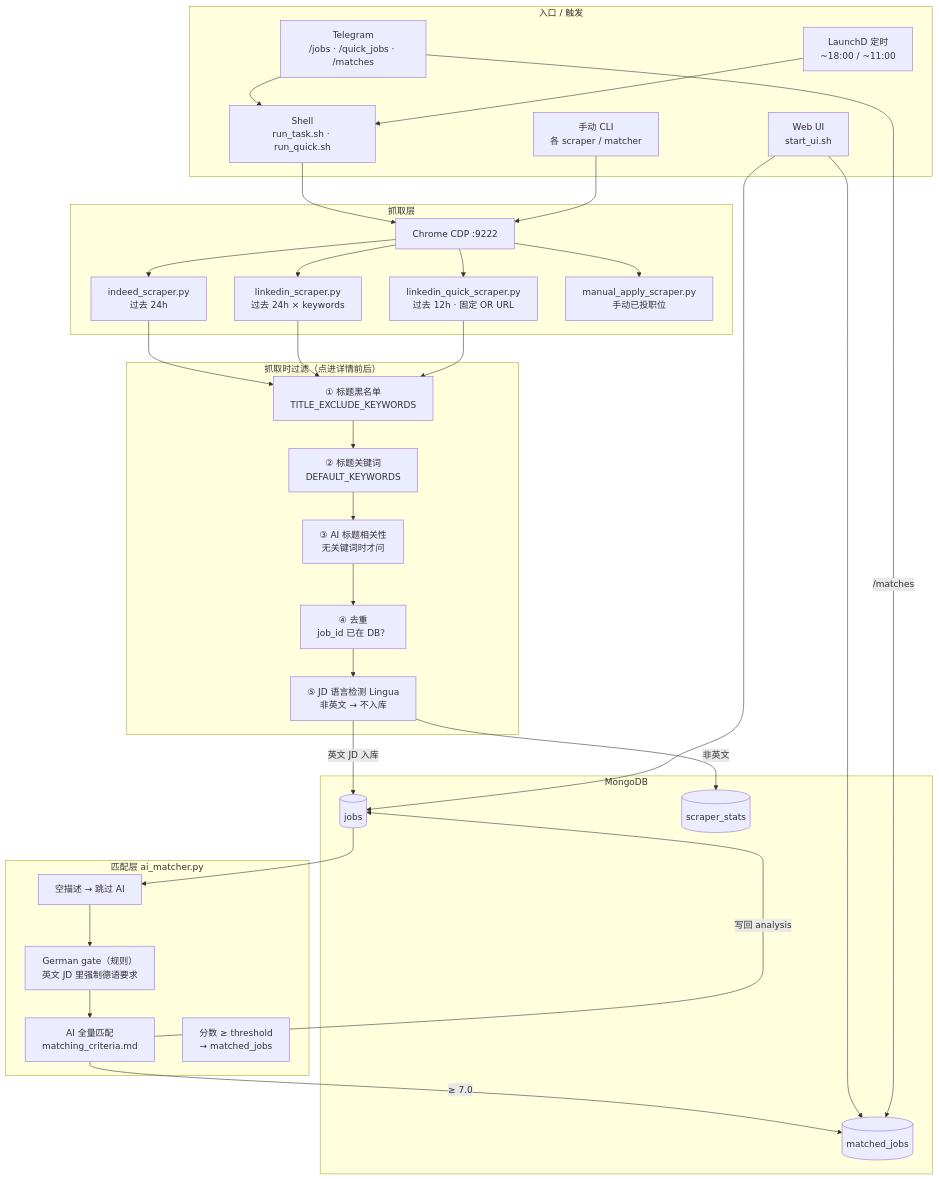
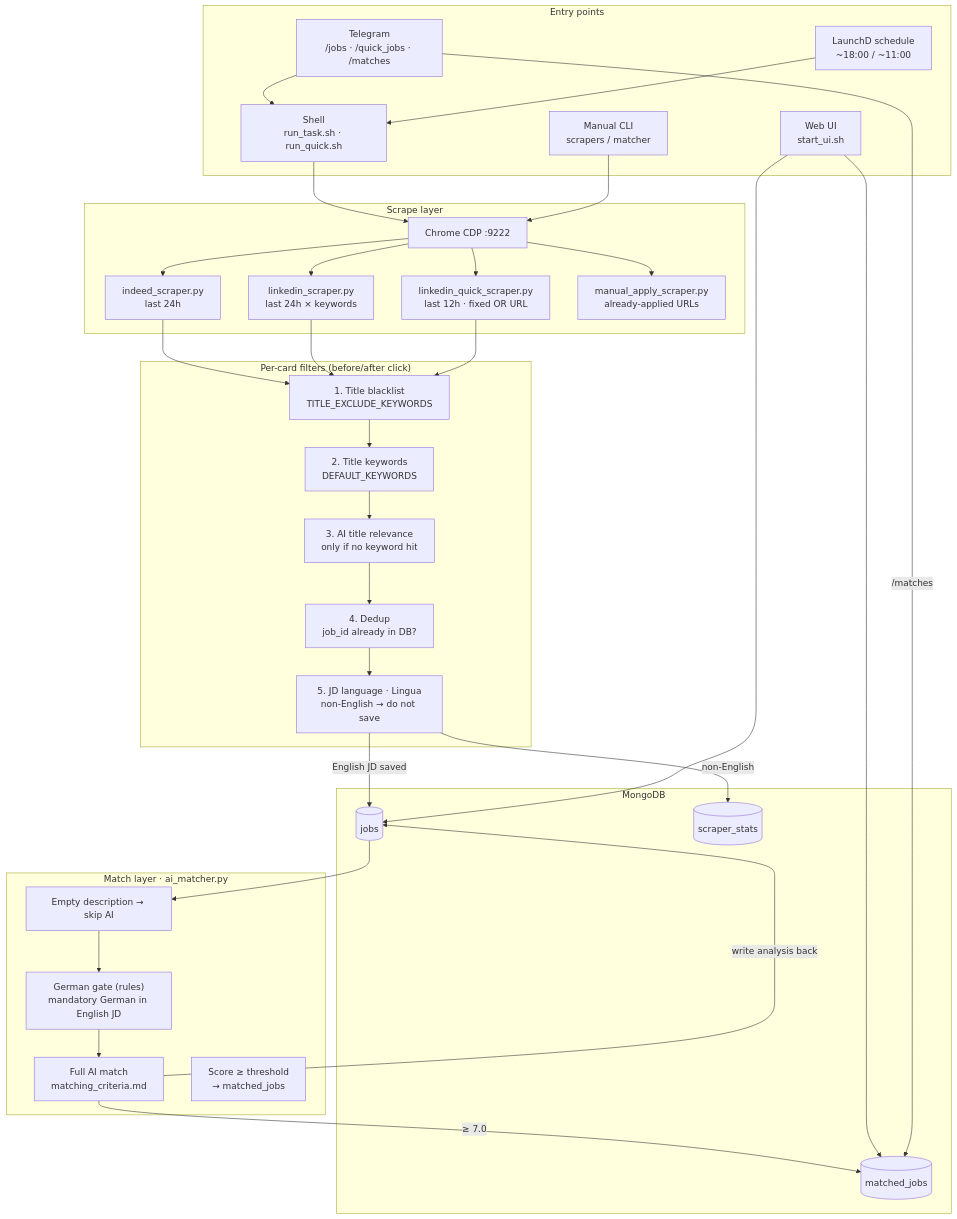
The first of 5 diagrams in docs/architecture.md (CarrieNong/job_scraper), drawn with Mermaid before and after one commit. The commit also changed other lines of this file and 1 other file, not shown here.

````diff
--- a/docs/architecture.md
+++ b/docs/architecture.md
@@ -9,56 +11,56 @@
 ```mermaid
 flowchart TB
-    subgraph Triggers["入口 / 触发"]
+    subgraph Triggers["Entry points"]
         T1["Telegram<br/>/jobs · /quick_jobs · /matches"]
         T2["Shell<br/>run_task.sh · run_quick.sh"]
-        T3["LaunchD 定时<br/>~18:00 / ~11:00"]
+        T3["LaunchD schedule<br/>~18:00 / ~11:00"]
         T4["Web UI<br/>start_ui.sh"]
-        T5["手动 CLI<br/>各 scraper / matcher"]
+        T5["Manual CLI<br/>scrapers / matcher"]
     end
 
-    subgraph Scrape["抓取层"]
+    subgraph Scrape["Scrape layer"]
         Chrome["Chrome CDP :9222"]
-        Indeed["indeed_scraper.py<br/>过去 24h"]
-        LI["linkedin_scraper.py<br/>过去 24h × keywords"]
-        LIQ["linkedin_quick_scraper.py<br/>过去 12h · 固定 OR URL"]
-        Manual["manual_apply_scraper.py<br/>手动已投职位"]
+        Indeed["indeed_scraper.py<br/>last 24h"]
+        LI["linkedin_scraper.py<br/>last 24h × keywords"]
+        LIQ["linkedin_quick_scraper.py<br/>last 12h · fixed OR URL"]
+        Manual["manual_apply_scraper.py<br/>already-applied URLs"]
     end
 
-    subgraph Filters["抓取时过滤（点进详情前后）"]
-        F1["① 标题黑名单<br/>TITLE_EXCLUDE_KEYWORDS"]
-        F2["② 标题关键词<br/>DEFAULT_KEYWORDS"]
-        F3["③ AI 标题相关性<br/>无关键词时才问"]
-        F4["④ 去重<br/>job_id 已在 DB？"]
-        F5["⑤ JD 语言检测 Lingua<br/>非英文 → 不入库"]
+    subgraph Filters["Per-card filters (before/after click)"]
+        F1["1. Title blacklist<br/>TITLE_EXCLUDE_KEYWORDS"]
+        F2["2. Title keywords<br/>DEFAULT_KEYWORDS"]
+        F3["3. AI title relevance<br/>only if no keyword hit"]
+        F4["4. Dedup<br/>job_id already in DB?"]
+        F5["5. JD language · Lingua<br/>non-English → do not save"]
     end
 
     subgraph Store["MongoDB"]
         Jobs[("jobs")]
         Matched[("matched_jobs")]
         Stats[("scraper_stats")]
     end
 
-    subgraph Match["匹配层 ai_matcher.py"]
-        M0["空描述 → 跳过 AI"]
-        M1["German gate（规则）<br/>英文 JD 里强制德语要求"]
-        M2["AI 全量匹配<br/>matching_criteria.md"]
-        M3["分数 ≥ threshold<br/>→ matched_jobs"]
+    subgraph Match["Match layer · ai_matcher.py"]
+        M0["Empty description → skip AI"]
+        M1["German gate (rules)<br/>mandatory German in English JD"]
+        M2["Full AI match<br/>matching_criteria.md"]
+        M3["Score ≥ threshold<br/>→ matched_jobs"]
     end
 
     T1 --> T2
     T3 --> T2
     T2 --> Chrome
     T5 --> Chrome
     Chrome --> Indeed & LI & LIQ & Manual
 
     Indeed & LI & LIQ --> F1 --> F2 --> F3 --> F4 --> F5
-    F5 -->|英文 JD 入库| Jobs
-    F5 -->|非英文| Stats
+    F5 -->|English JD saved| Jobs
+    F5 -->|non-English| Stats
 
     Jobs --> M0 --> M1 --> M2
     M2 -->|≥ 7.0| Matched
-    M2 -->|写回 analysis| Jobs
+    M2 -->|write analysis back| Jobs
 
     T4 --> Matched & Jobs
     T1 -->|/matches| Matched
 ```
````
